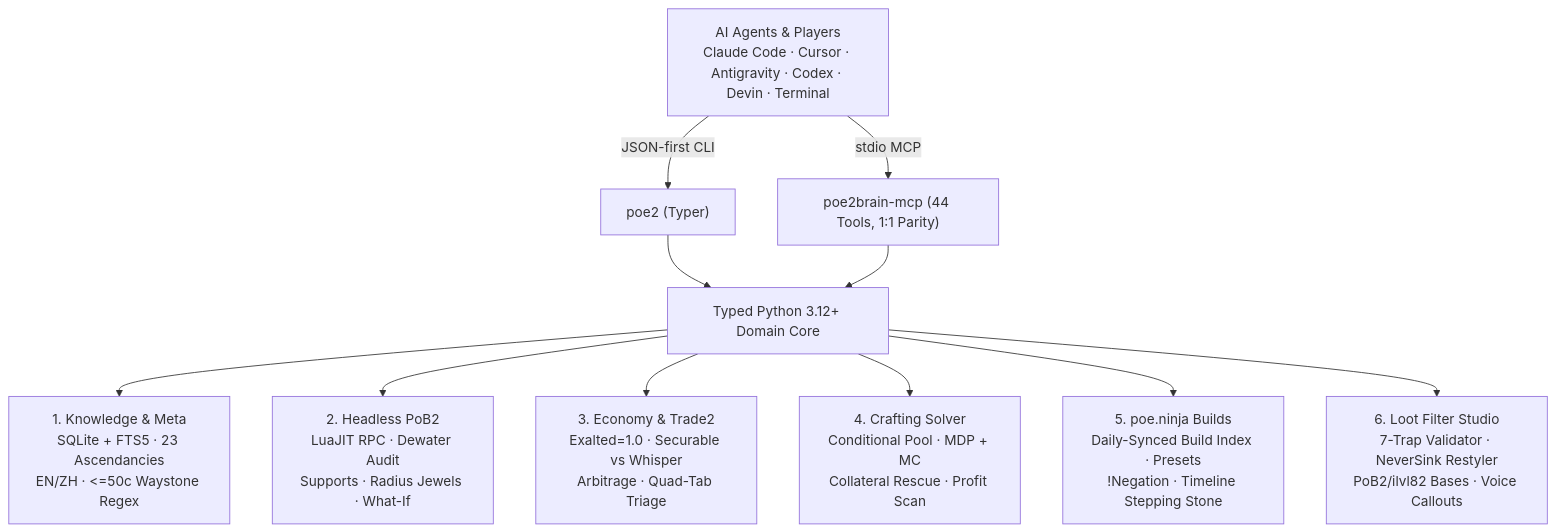
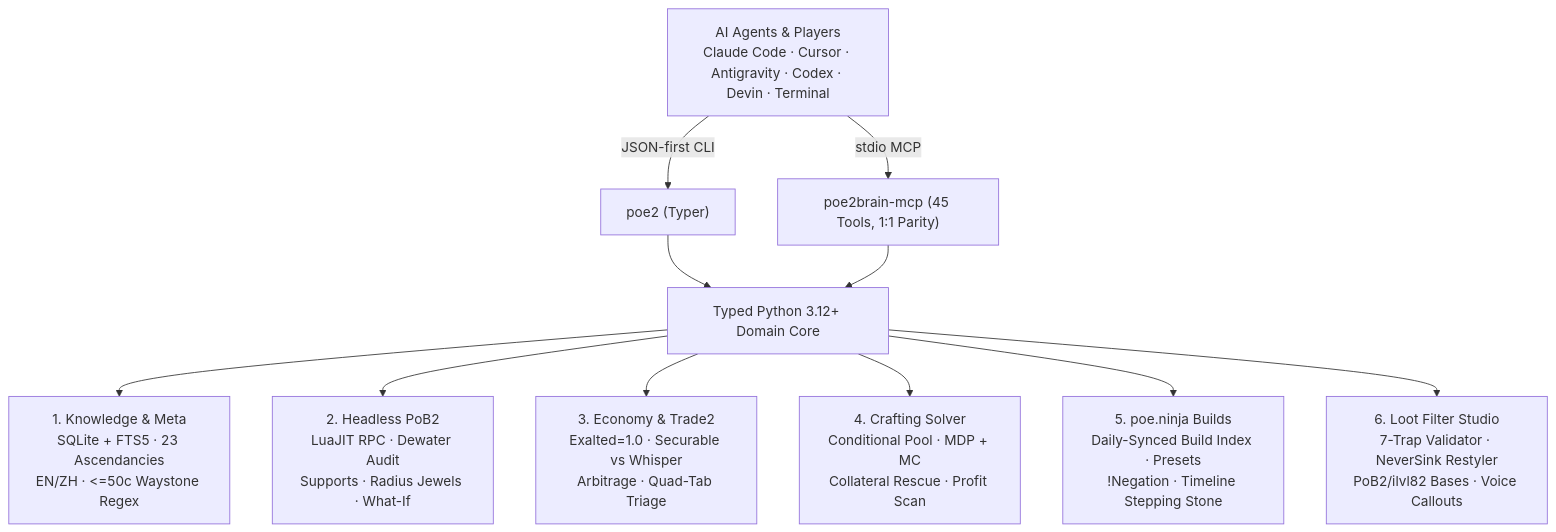
One commit to lifan-builds/poe2brain changed the diagram in README.md. Above: the diagram before and after it, drawn with Mermaid. The commit also changed other lines of this file and 16 other files, not shown here.

````diff
--- a/README.md
+++ b/README.md
@@ -106,15 +106,15 @@
 ```mermaid
 flowchart TB
     A["AI Agents & Players<br/>Claude Code · Cursor · Antigravity · Codex · Devin · Terminal"]
     A -->|JSON-first CLI| CLI["poe2 (Typer)"]
-    A -->|stdio MCP| MCP["poe2brain-mcp (44 Tools, 1:1 Parity)"]
+    A -->|stdio MCP| MCP["poe2brain-mcp (45 Tools, 1:1 Parity)"]
     CLI --> CORE["Typed Python 3.12+ Domain Core"]
     MCP --> CORE
 
     CORE --> P1["1. Knowledge & Meta<br/>SQLite + FTS5 · 23 Ascendancies<br/>EN/ZH · <=50c Waystone Regex"]
     CORE --> P2["2. Headless PoB2<br/>LuaJIT RPC · Dewater Audit<br/>Supports · Radius Jewels · What-If"]
     CORE --> P3["3. Economy & Trade2<br/>Exalted=1.0 · Securable vs Whisper<br/>Arbitrage · Quad-Tab Triage"]
     CORE --> P4["4. Crafting Solver<br/>Conditional Pool · MDP + MC<br/>Collateral Rescue · Profit Scan"]
     CORE --> P5["5. poe.ninja Builds<br/>Daily-Synced Build Index · Presets<br/>!Negation · Timeline Stepping Stone"]
     CORE --> P6["6. Loot Filter Studio<br/>7-Trap Validator · NeverSink Restyler<br/>PoB2/ilvl82 Bases · Voice Callouts"]
 ```
````
